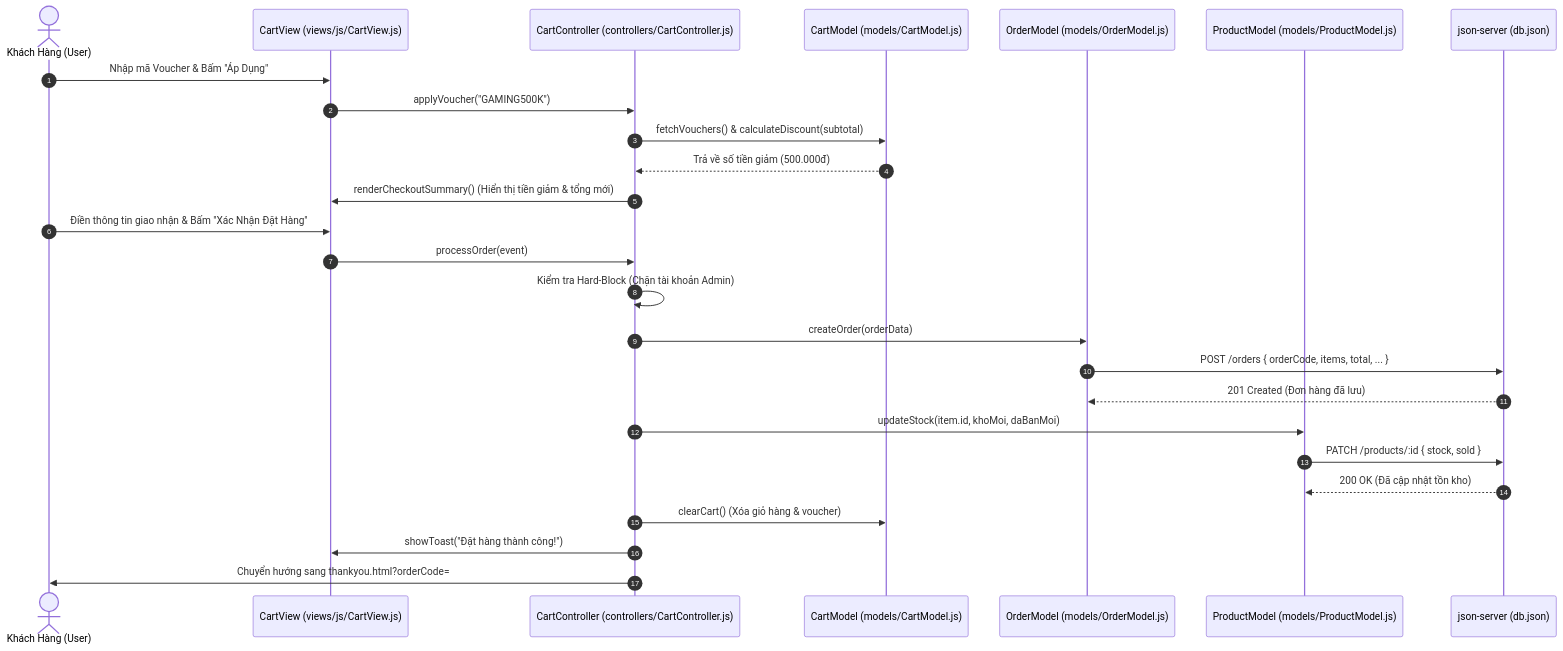
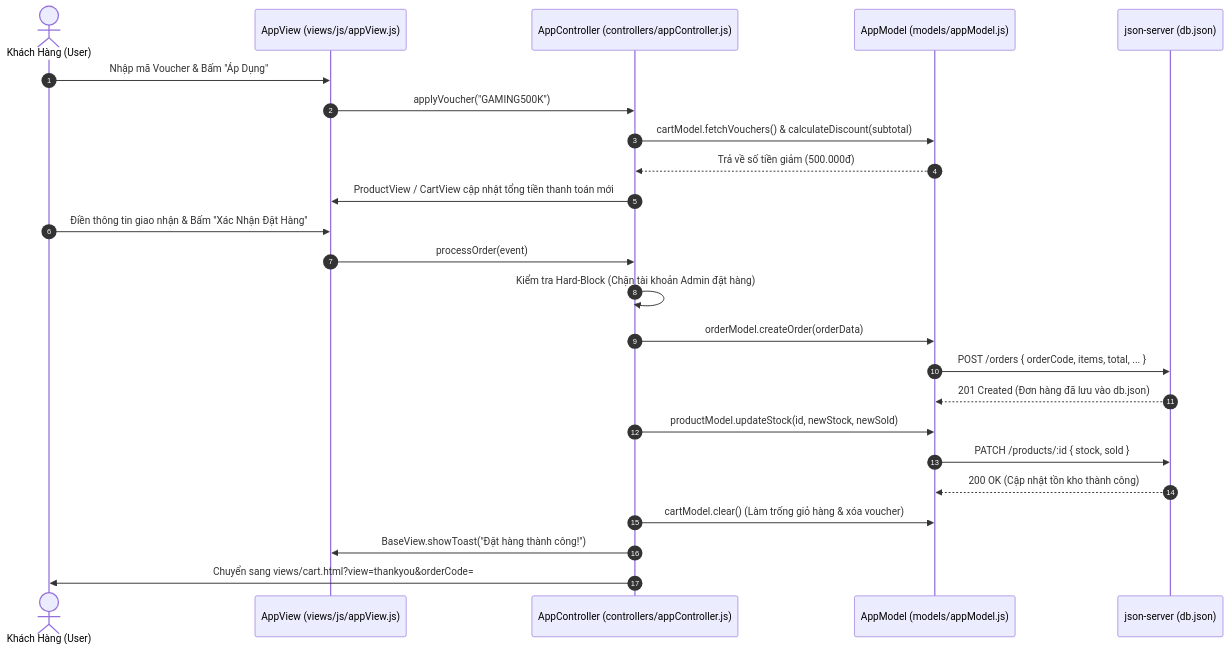
Before and after one commit to ducgiang13877/website-gaming-phone: the diagram in SO_DO_KIEN_TRUC_MVC.md, drawn with Mermaid. The commit also changed other lines of this file and 60 other files, not shown here.

Commit message:
refactor(mvc): consolidate into clean domain-driven MVC architecture (5 views, 1 model, 1 view-js, 2 controllers)

````diff
--- a/SO_DO_KIEN_TRUC_MVC.md
+++ b/SO_DO_KIEN_TRUC_MVC.md
@@ -75,32 +80,30 @@
 ```mermaid
 sequenceDiagram
     autonumber
     actor Khach as Khách Hàng (User)
-    participant CartView as CartView (views/js/CartView.js)
-    participant CartCtrl as CartController (controllers/CartController.js)
-    participant CartModel as CartModel (models/CartModel.js)
-    participant OrderModel as OrderModel (models/OrderModel.js)
-    participant ProdModel as ProductModel (models/ProductModel.js)
+    participant AppView as AppView (views/js/appView.js)
+    participant AppCtrl as AppController (controllers/appController.js)
+    participant AppModel as AppModel (models/appModel.js)
     participant Server as json-server (db.json)
 
-    Khach->>CartView: Nhập mã Voucher & Bấm "Áp Dụng"
-    CartView->>CartCtrl: applyVoucher("GAMING500K")
-    CartCtrl->>CartModel: fetchVouchers() & calculateDiscount(subtotal)
-    CartModel-->>CartCtrl: Trả về số tiền giảm (500.000đ)
-    CartCtrl->>CartView: renderCheckoutSummary() (Hiển thị tiền giảm & tổng mới)
+    Khach->>AppView: Nhập mã Voucher & Bấm "Áp Dụng"
+    AppView->>AppCtrl: applyVoucher("GAMING500K")
+    AppCtrl->>AppModel: cartModel.fetchVouchers() & calculateDiscount(subtotal)
+    AppModel-->>AppCtrl: Trả về số tiền giảm (500.000đ)
+    AppCtrl->>AppView: ProductView / CartView cập nhật tổng tiền thanh toán mới
     
-    Khach->>CartView: Điền thông tin giao nhận & Bấm "Xác Nhận Đặt Hàng"
-    CartView->>CartCtrl: processOrder(event)
-    CartCtrl->>CartCtrl: Kiểm tra Hard-Block (Chặn tài khoản Admin)
-    CartCtrl->>OrderModel: createOrder(orderData)
-    OrderModel->>Server: POST /orders { orderCode, items, total, ... }
-    Server-->>OrderModel: 201 Created (Đơn hàng đã lưu)
+    Khach->>AppView: Điền thông tin giao nhận & Bấm "Xác Nhận Đặt Hàng"
+    AppView->>AppCtrl: processOrder(event)
+    AppCtrl->>AppCtrl: Kiểm tra Hard-Block (Chặn tài khoản Admin đặt hàng)
+    AppCtrl->>AppModel: orderModel.createOrder(orderData)
+    AppModel->>Server: POST /orders { orderCode, items, total, ... }
+    Server-->>AppModel: 201 Created (Đơn hàng đã lưu vào db.json)
     
-    CartCtrl->>ProdModel: updateStock(item.id, khoMoi, daBanMoi)
-    ProdModel->>Server: PATCH /products/:id { stock, sold }
-    Server-->>ProdModel: 200 OK (Đã cập nhật tồn kho)
+    AppCtrl->>AppModel: productModel.updateStock(id, newStock, newSold)
+    AppModel->>Server: PATCH /products/:id { stock, sold }
+    Server-->>AppModel: 200 OK (Cập nhật tồn kho thành công)
     
-    CartCtrl->>CartModel: clearCart() (Xóa giỏ hàng & voucher)
-    CartCtrl->>CartView: showToast("Đặt hàng thành công!")
-    CartCtrl->>Khach: Chuyển hướng sang thankyou.html?orderCode=#DH...
+    AppCtrl->>AppModel: cartModel.clear() (Làm trống giỏ hàng & xóa voucher)
+    AppCtrl->>AppView: BaseView.showToast("Đặt hàng thành công!")
+    AppCtrl->>Khach: Chuyển sang views/cart.html?view=thankyou&orderCode=#DH...
 ```
````
